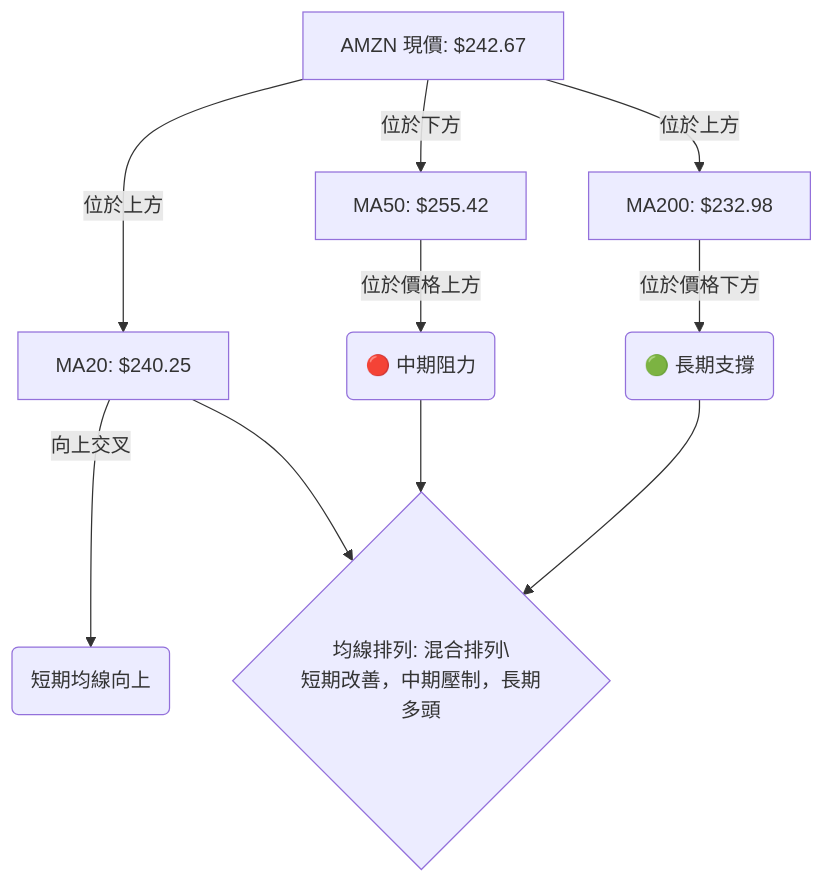
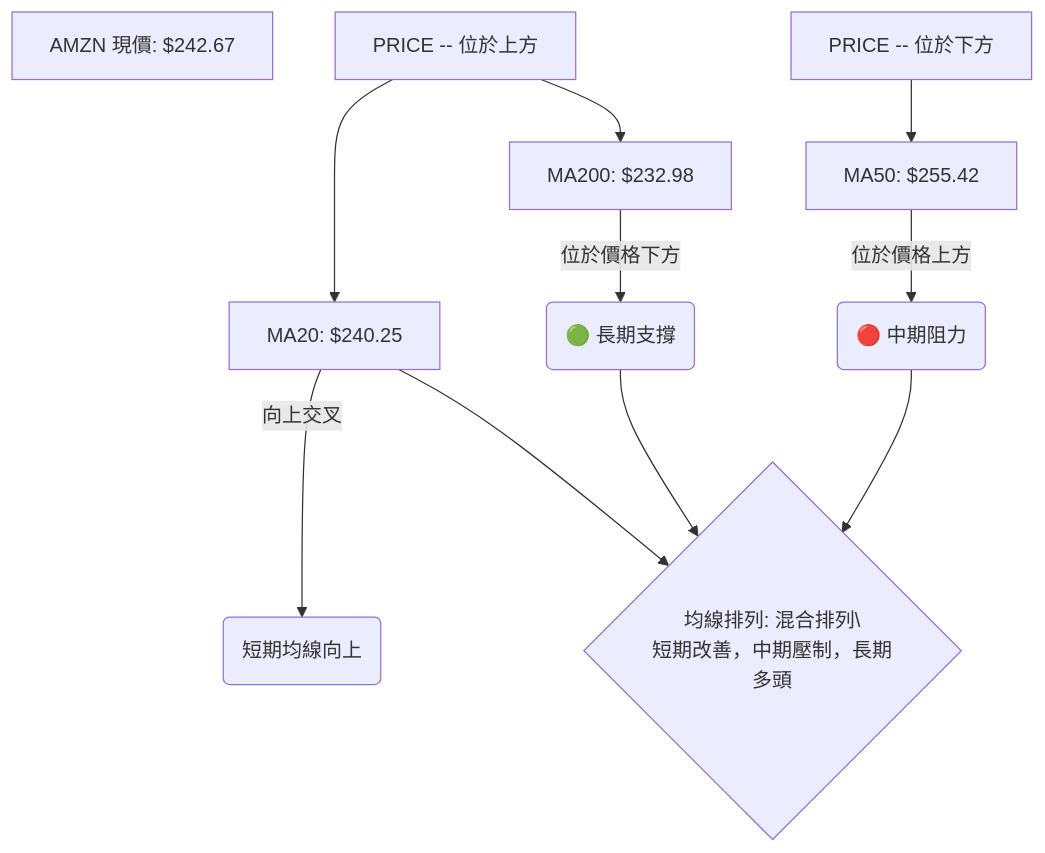
The seventh of 13 diagrams in ai_gen_report/stock/amzn/technical_analysis_2026-07-04_gemini.md (yennanliu/finance_data), drawn with Mermaid before and after one commit. The commit also changed other lines of this file and 2258 other files, not shown here.

First line of the commit message:
chore: backfill Mermaid syntax repair across existing reports

````diff
--- a/ai_gen_report/stock/amzn/technical_analysis_2026-07-04_gemini.md
+++ b/ai_gen_report/stock/amzn/technical_analysis_2026-07-04_gemini.md
@@ -437,17 +437,17 @@
 ```mermaid
 graph TD
     PRICE["AMZN 現價: $242.67"]
     MA20["MA20: $240.25"]
     MA50["MA50: $255.42"]
     MA200["MA200: $232.98"]
 
-    PRICE -- "位於上方" --> MA20
-    PRICE -- "位於下方" --> MA50
-    PRICE -- "位於上方" --> MA200
+    nb1["PRICE -- "位於上方""] --> MA20
+    nb2["PRICE -- "位於下方""] --> MA50
+    nb1["PRICE -- "位於上方""] --> MA200
 
-    MA20 -- "向上交叉" --> MA120_MA240(短期均線向上)
-    MA50 -- "位於價格上方" --> MID_TERM_RESIST(🔴 中期阻力)
-    MA200 -- "位於價格下方" --> LONG_TERM_SUPPORT(🟢 長期支撐)
+    MA20 -- "向上交叉" --> MA120_MA240("短期均線向上")
+    MA50 -- "位於價格上方" --> MID_TERM_RESIST("🔴 中期阻力")
+    MA200 -- "位於價格下方" --> LONG_TERM_SUPPORT("🟢 長期支撐")
 
     MID_TERM_RESIST & LONG_TERM_SUPPORT & MA20 --> MIXED_SIGNAL{"均線排列: 混合排列\\n短期改善，中期壓制，長期多頭"}
 ```
````
